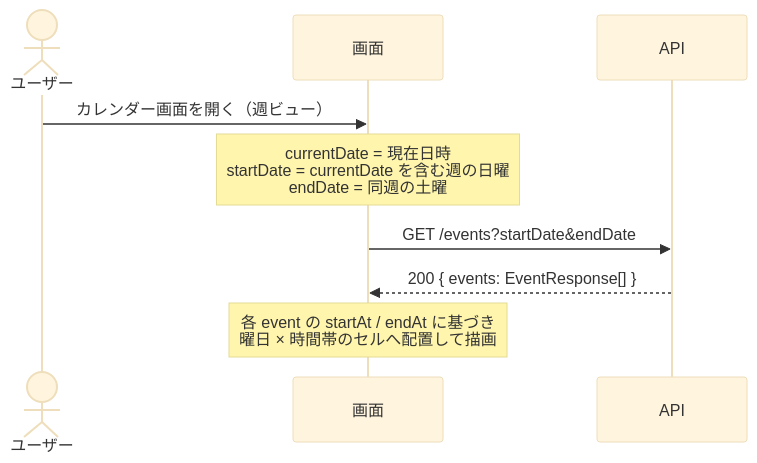
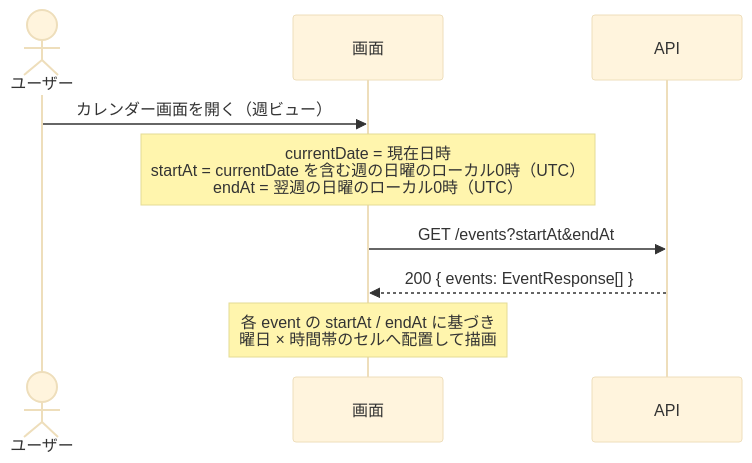
One commit to Haya372/ai-trial changed the second of 5 diagrams in docs/spec/SPEC-002-calendar-view.md. Above: the diagram before and after it, drawn with Mermaid (base theme). The commit also changed other lines of this file and 1 other file, not shown here.

Commit message:
docs: Update GET /events query to UTC datetime range in SPEC-002

````diff
--- a/docs/spec/SPEC-002-calendar-view.md
+++ b/docs/spec/SPEC-002-calendar-view.md
@@ -157,11 +160,11 @@
 ```mermaid
 sequenceDiagram
     actor User as ユーザー
     participant UI as 画面
     participant API as API
     User->>UI: カレンダー画面を開く（週ビュー）
-    Note over UI: currentDate = 現在日時<br/>startDate = currentDate を含む週の日曜<br/>endDate = 同週の土曜
-    UI->>API: GET /events?startDate&endDate
+    Note over UI: currentDate = 現在日時<br/>startAt = currentDate を含む週の日曜のローカル0時（UTC）<br/>endAt = 翌週の日曜のローカル0時（UTC）
+    UI->>API: GET /events?startAt&endAt
     API-->>UI: 200 { events: EventResponse[] }
     Note over UI: 各 event の startAt / endAt に基づき<br/>曜日 × 時間帯のセルへ配置して描画
 ```
````
